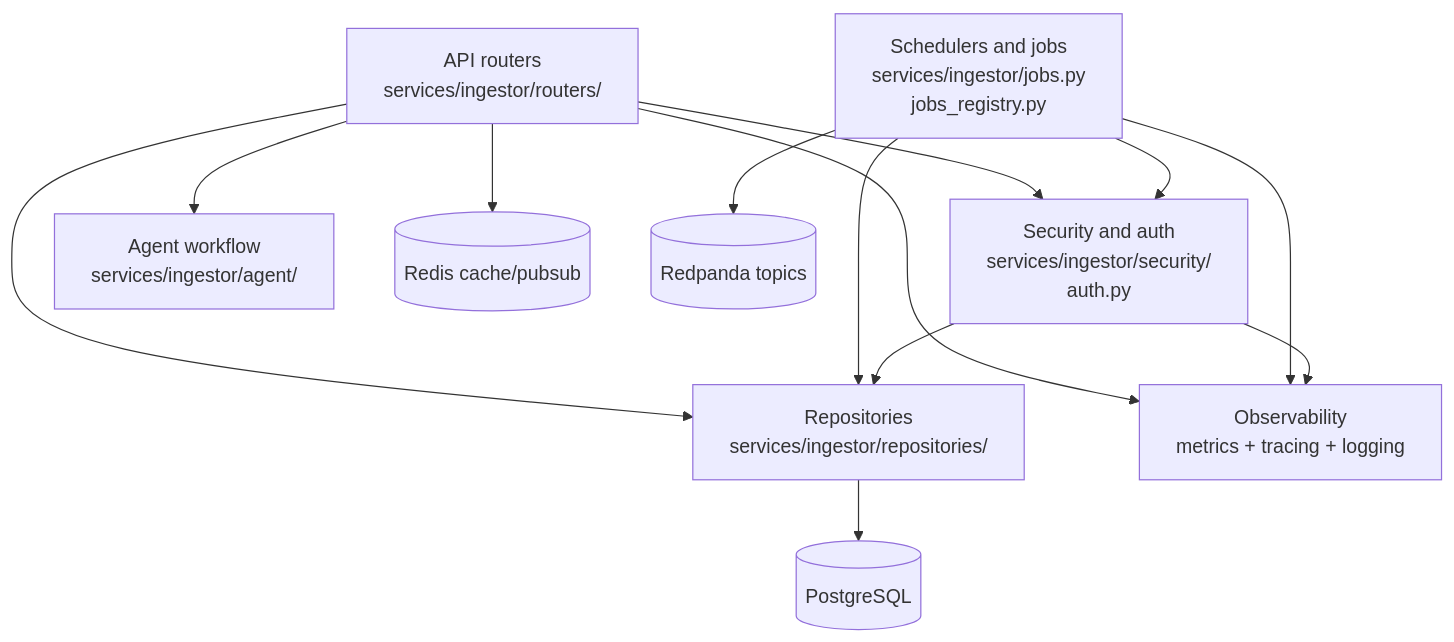
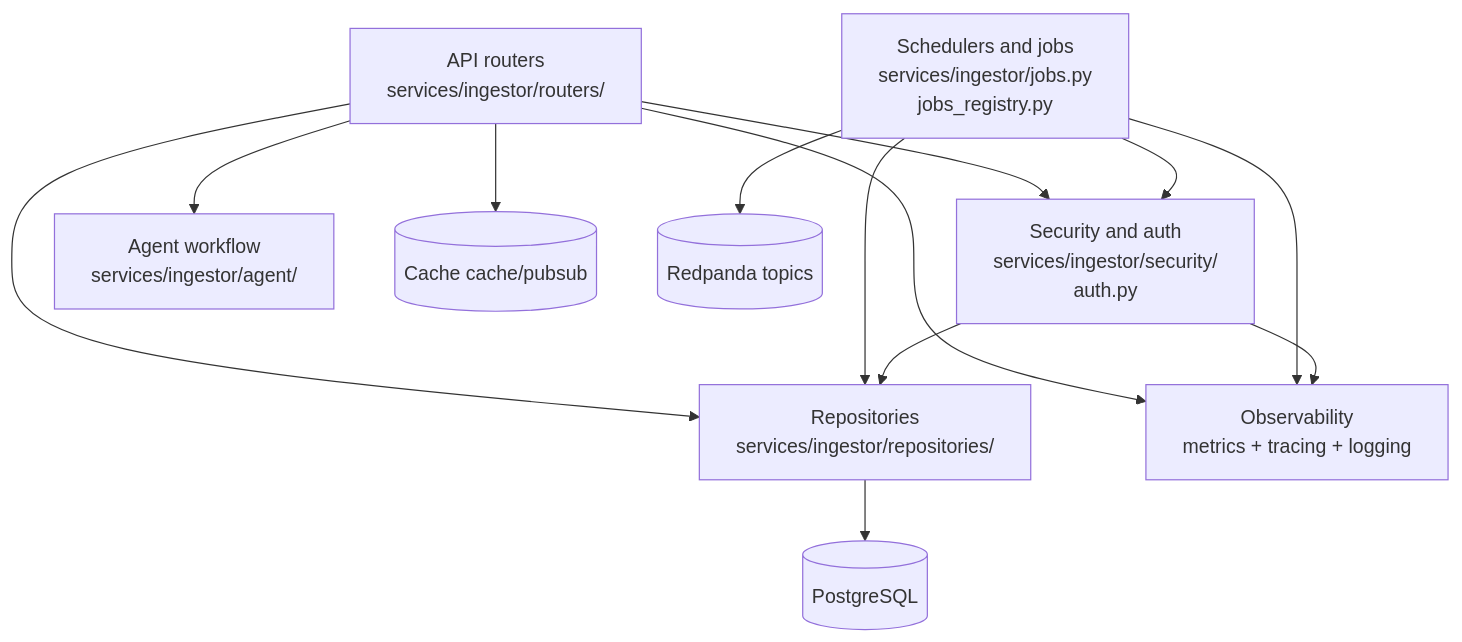
Before and after one commit to ivanprytula/api-observatory: the third of 3 diagrams in docs/design/system-design-c4.md, drawn with Mermaid. The commit also changed other lines of this file and 76 other files, not shown here.

Commit message:
fix: add missing language tag in docs/dev/testing-architecture.md

````diff
--- a/docs/design/system-design-c4.md
+++ b/docs/design/system-design-c4.md
@@ -78,23 +78,23 @@
 ```mermaid
 flowchart TB
     Router["API routers\nservices/ingestor/routers/"]
     Security["Security and auth\nservices/ingestor/security/\nauth.py"]
     Jobs["Schedulers and jobs\nservices/ingestor/jobs.py\njobs_registry.py"]
     Repos["Repositories\nservices/ingestor/repositories/"]
     Obs["Observability\nmetrics + tracing + logging"]
     Agent["Agent workflow\nservices/ingestor/agent/"]
 
     Router --> Security
     Router --> Repos
     Router --> Agent
     Jobs --> Repos
     Jobs --> Security
     Security --> Repos
 
     Repos --> DB[("PostgreSQL")]
-    Router --> Cache[("Redis cache/pubsub")]
+    Router --> Cache[("Cache cache/pubsub")]
     Jobs --> Bus[("Redpanda topics")]
     Router --> Obs
     Jobs --> Obs
     Security --> Obs
 ```
````
